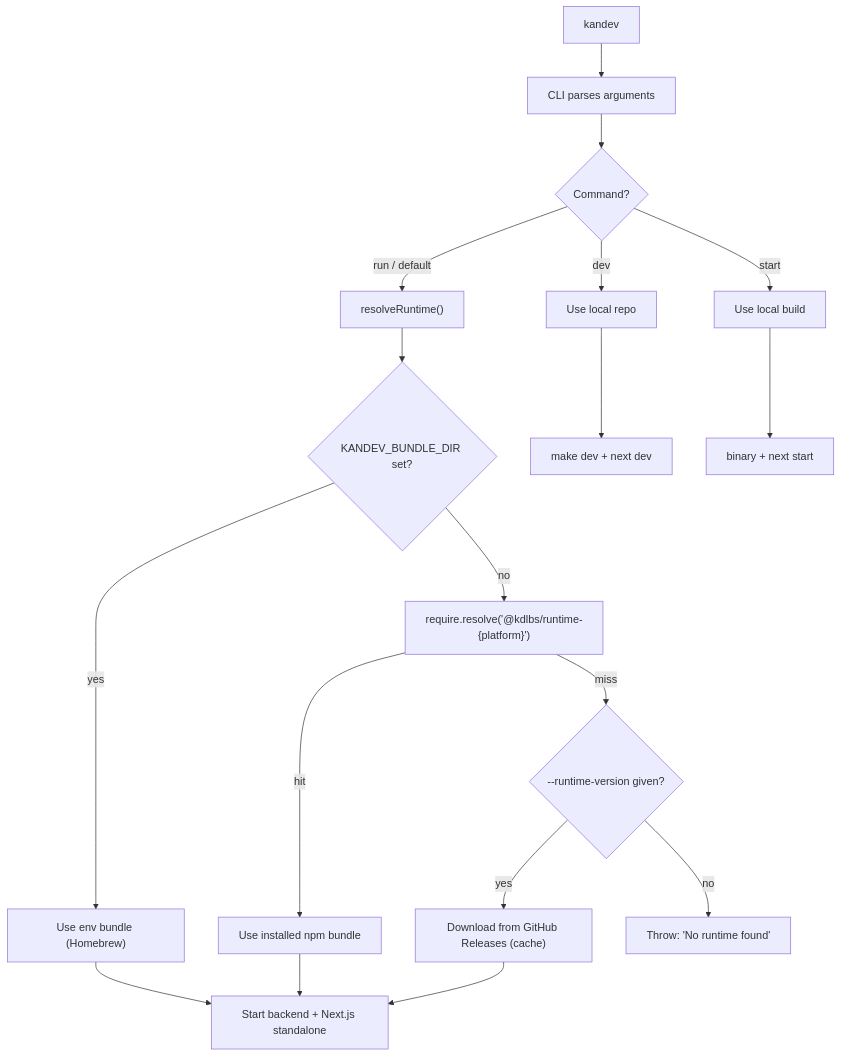
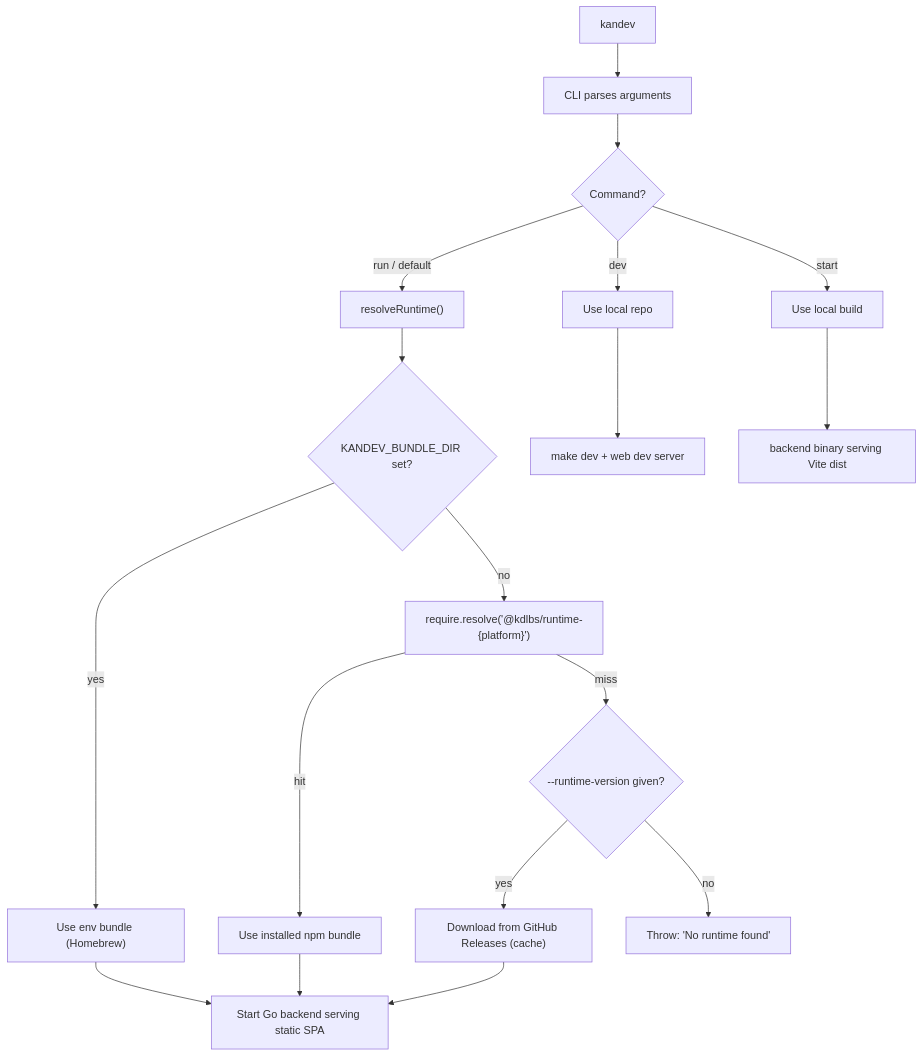
One commit to kdlbs/kandev changed the diagram in apps/cli/README_internal.md. Above: the diagram before and after it, drawn with Mermaid. The commit also changed other lines of this file and 202 other files, not shown here.

Commit message:
feat: serve vite spa from go

````diff
--- a/apps/cli/README_internal.md
+++ b/apps/cli/README_internal.md
@@ -5,24 +5,24 @@
 ```mermaid
 flowchart TD
     A["kandev"] --> B["CLI parses arguments"]
     B --> C{"Command?"}
 
     C -->|run / default| D["resolveRuntime()"]
     C -->|dev| F["Use local repo"]
     C -->|start| G["Use local build"]
 
     D --> D1{"KANDEV_BUNDLE_DIR set?"}
     D1 -->|yes| D2["Use env bundle (Homebrew)"]
     D1 -->|no| D3["require.resolve('@kdlbs/runtime-{platform}')"]
     D3 -->|hit| D4["Use installed npm bundle"]
     D3 -->|miss| D5{"--runtime-version given?"}
     D5 -->|yes| D6["Download from GitHub Releases (cache)"]
     D5 -->|no| D7["Throw: 'No runtime found'"]
 
-    D2 --> E["Start backend + Next.js standalone"]
+    D2 --> E["Start Go backend serving static SPA"]
     D4 --> E
     D6 --> E
 
-    F --> F1["make dev + next dev"]
-    G --> G1["binary + next start"]
+    F --> F1["make dev + web dev server"]
+    G --> G1["backend binary serving Vite dist"]
 ```
````
